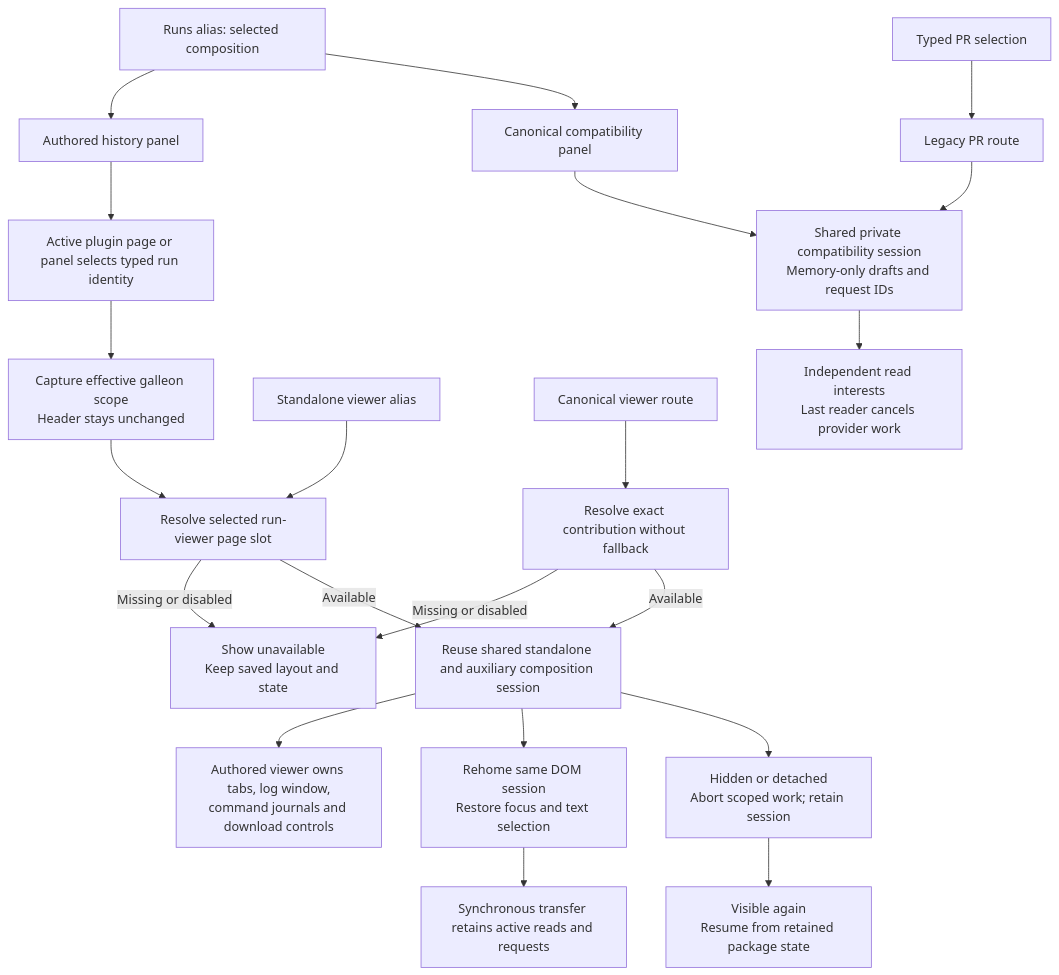
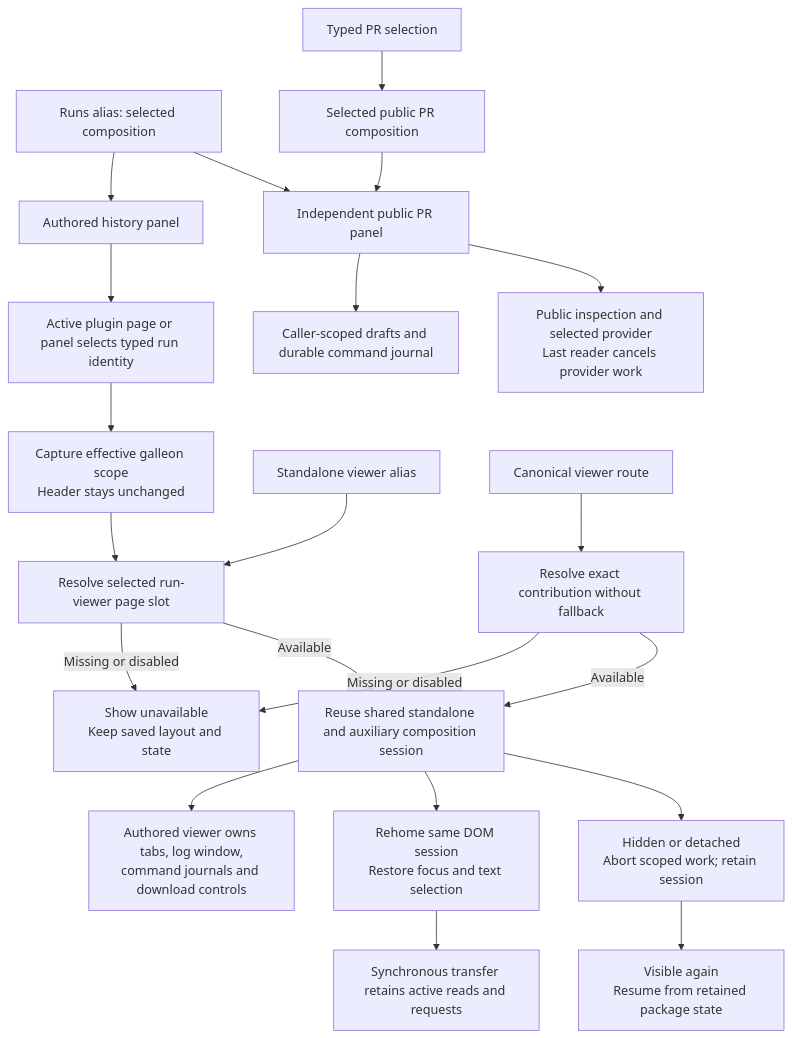
The third of 10 diagrams in docs/helmsman-process.md (nloehlein-godaddy/helmsman), drawn with Mermaid before and after one commit. The commit also changed other lines of this file and 115 other files, not shown here.

Commit message:
Extract public PR presentation and GitHub provider plugins

````diff
--- a/docs/helmsman-process.md
+++ b/docs/helmsman-process.md
@@ -76,23 +76,23 @@
 ```mermaid
 flowchart TD
     Runs[Runs alias: selected composition] --> History[Authored history panel]
     Runs --> CanonicalPR
     History --> Selection
     Selection[Active plugin page or panel selects typed run identity] --> Scope[Capture effective galleon scope<br/>Header stays unchanged]
     Scope --> Slot[Resolve selected run-viewer page slot]
     Slot -->|Missing or disabled| Unavailable[Show unavailable<br/>Keep saved layout and state]
     Alias[Standalone viewer alias] --> Slot
     Canonical[Canonical viewer route] --> Exact[Resolve exact contribution without fallback]
     Exact -->|Missing or disabled| Unavailable
     Exact -->|Available| Auxiliary
     Slot -->|Available| Auxiliary[Reuse shared standalone and auxiliary composition session]
     Auxiliary --> Viewer[Authored viewer owns tabs, log window,<br/>command journals and download controls]
     Auxiliary --> Move[Rehome same DOM session<br/>Restore focus and text selection]
     Move --> Transfer[Synchronous transfer retains active reads and requests]
     Auxiliary --> Hidden[Hidden or detached<br/>Abort scoped work; retain session]
     Hidden --> Visible[Visible again<br/>Resume from retained package state]
-    PR[Typed PR selection] --> LegacyPR[Legacy PR route]
-    LegacyPR --> PRSession[Shared private compatibility session<br/>Memory-only drafts and request IDs]
-    CanonicalPR[Canonical compatibility panel] --> PRSession
-    PRSession --> Interests[Independent read interests<br/>Last reader cancels provider work]
+    PR[Typed PR selection] --> PRPage[Selected public PR composition]
+    PRPage --> CanonicalPR[Independent public PR panel]
+    CanonicalPR --> PRState[Caller-scoped drafts and durable command journal]
+    CanonicalPR --> Interests[Public inspection and selected provider<br/>Last reader cancels provider work]
 ```
````
